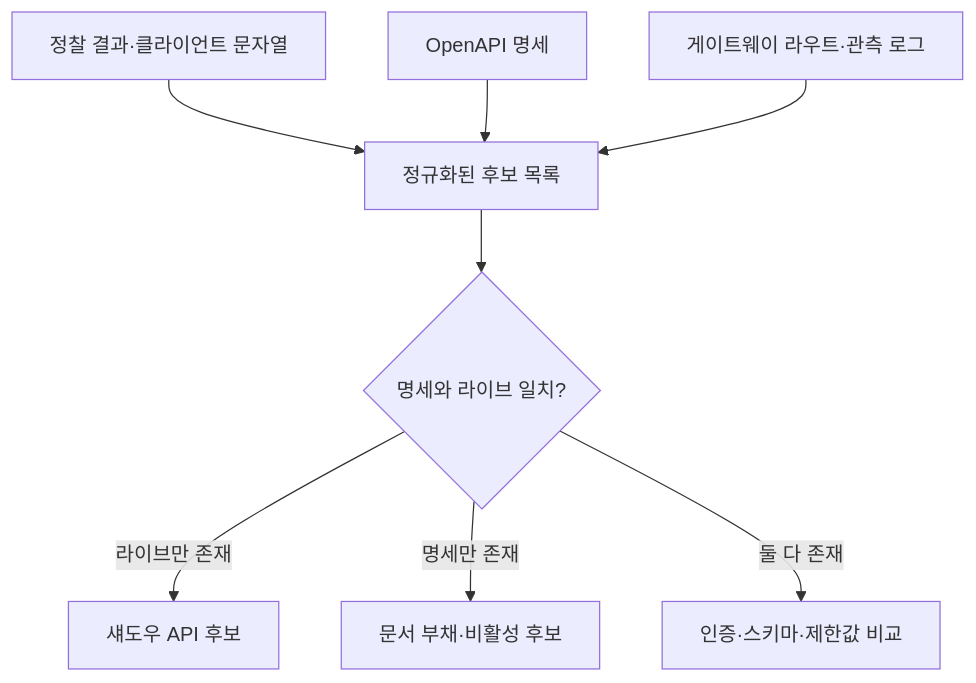
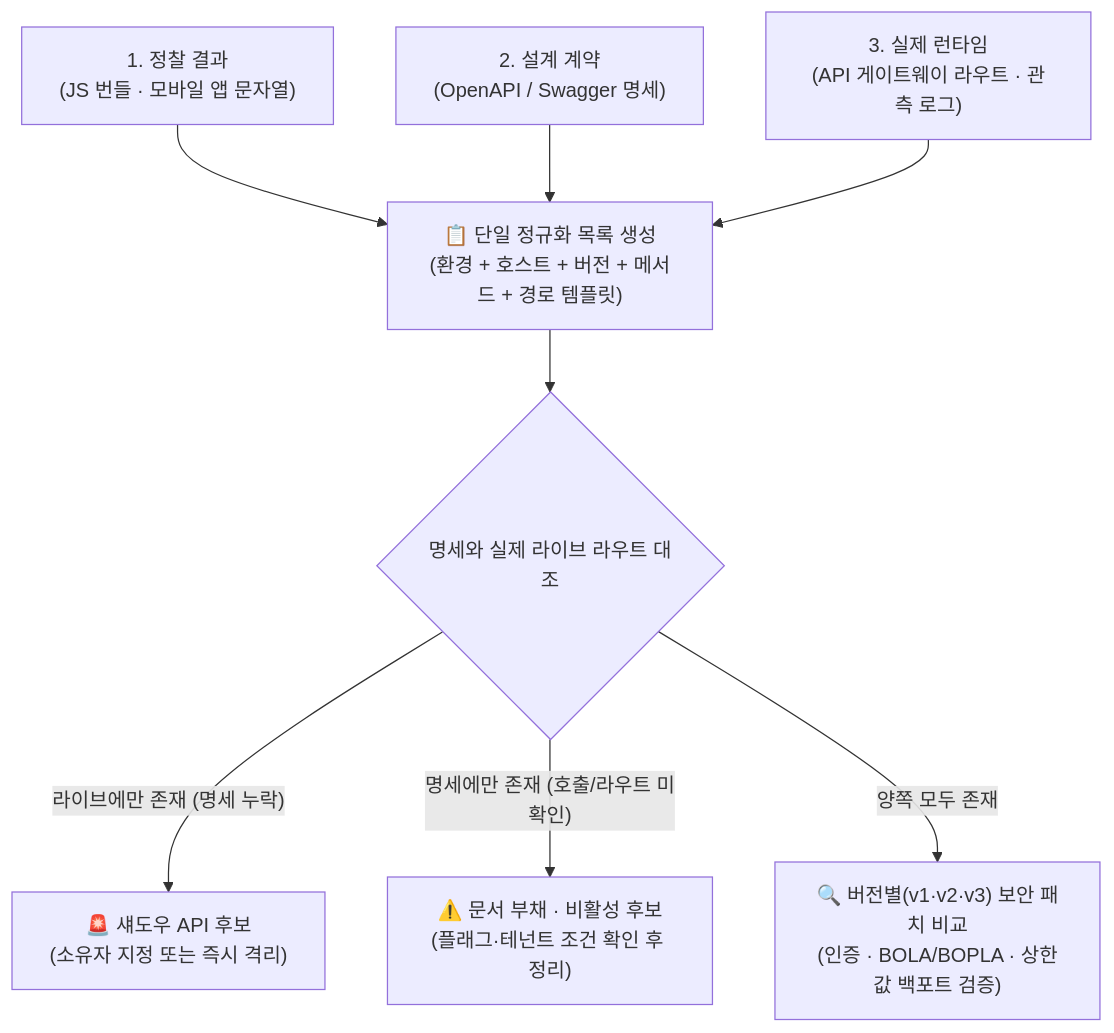
Before and after one commit to gooyong-sec/gooyong-sec.github.io: the diagram in content/웹취약점/웹 취약점 진단 — 레거시·섀도우 API 자산 인벤토리(API9).md, drawn with Mermaid. The commit also changed other lines of this file and 68 other files, not shown here.

````diff
--- a/content/웹취약점/웹 취약점 진단 — 레거시·섀도우 API 자산 인벤토리(API9).md
+++ b/content/웹취약점/웹 취약점 진단 — 레거시·섀도우 API 자산 인벤토리(API9).md
@@ -48,10 +21,10 @@
 ```mermaid
 flowchart TD
-    A["정찰 결과·클라이언트 문자열"] --> D["정규화된 후보 목록"]
-    B["OpenAPI 명세"] --> D
-    C["게이트웨이 라우트·관측 로그"] --> D
-    D --> E{"명세와 라이브 일치?"}
-    E -->|라이브만 존재| F["섀도우 API 후보"]
-    E -->|명세만 존재| G["문서 부채·비활성 후보"]
-    E -->|둘 다 존재| H["인증·스키마·제한값 비교"]
+    A["1. 정찰 결과<br/>(JS 번들 · 모바일 앱 문자열)"] --> D["📋 단일 정규화 목록 생성<br/>(환경 + 호스트 + 버전 + 메서드 + 경로 템플릿)"]
+    B["2. 설계 계약<br/>(OpenAPI / Swagger 명세)"] --> D
+    C["3. 실제 런타임<br/>(API 게이트웨이 라우트 · 관측 로그)"] --> D
+    D --> E{"명세와 실제 라이브 라우트 대조"}
+    E -->|"라이브에만 존재 (명세 누락)"| F["🚨 섀도우 API 후보<br/>(소유자 지정 또는 즉시 격리)"]
+    E -->|"명세에만 존재 (호출/라우트 미확인)"| G["⚠️ 문서 부채 · 비활성 후보<br/>(플래그·테넌트 조건 확인 후 정리)"]
+    E -->|"양쪽 모두 존재"| H["🔍 버전별(v1·v2·v3) 보안 패치 비교<br/>(인증 · BOLA/BOPLA · 상한값 백포트 검증)"]
 ```
````
